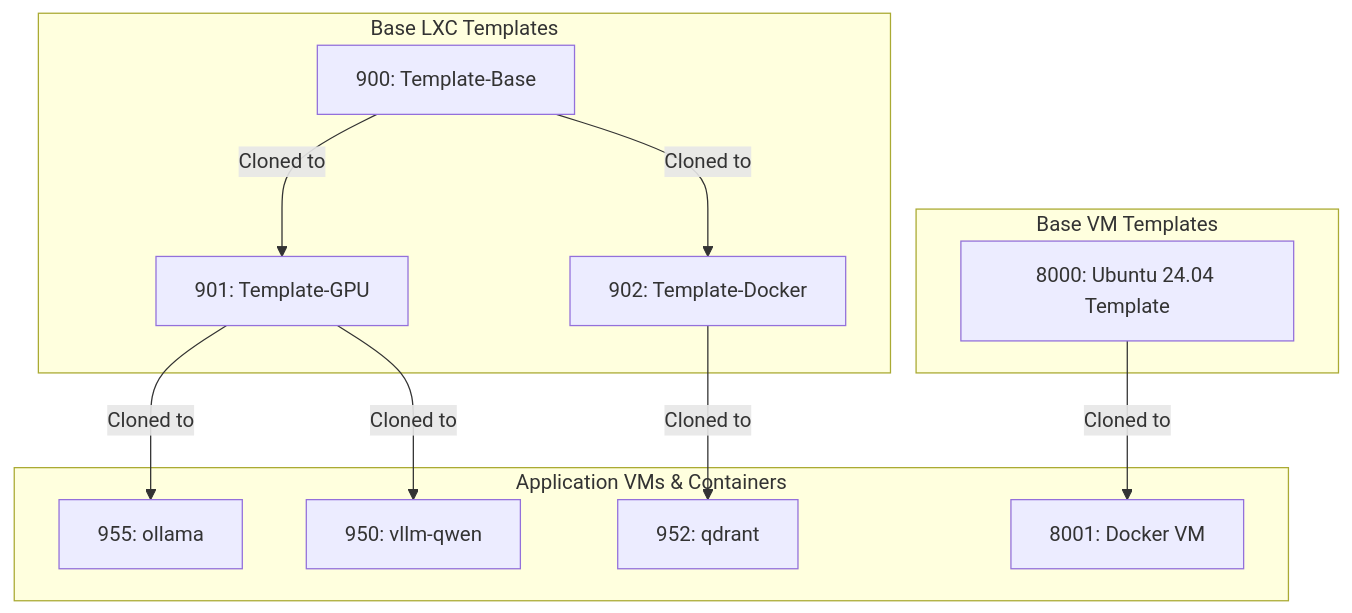
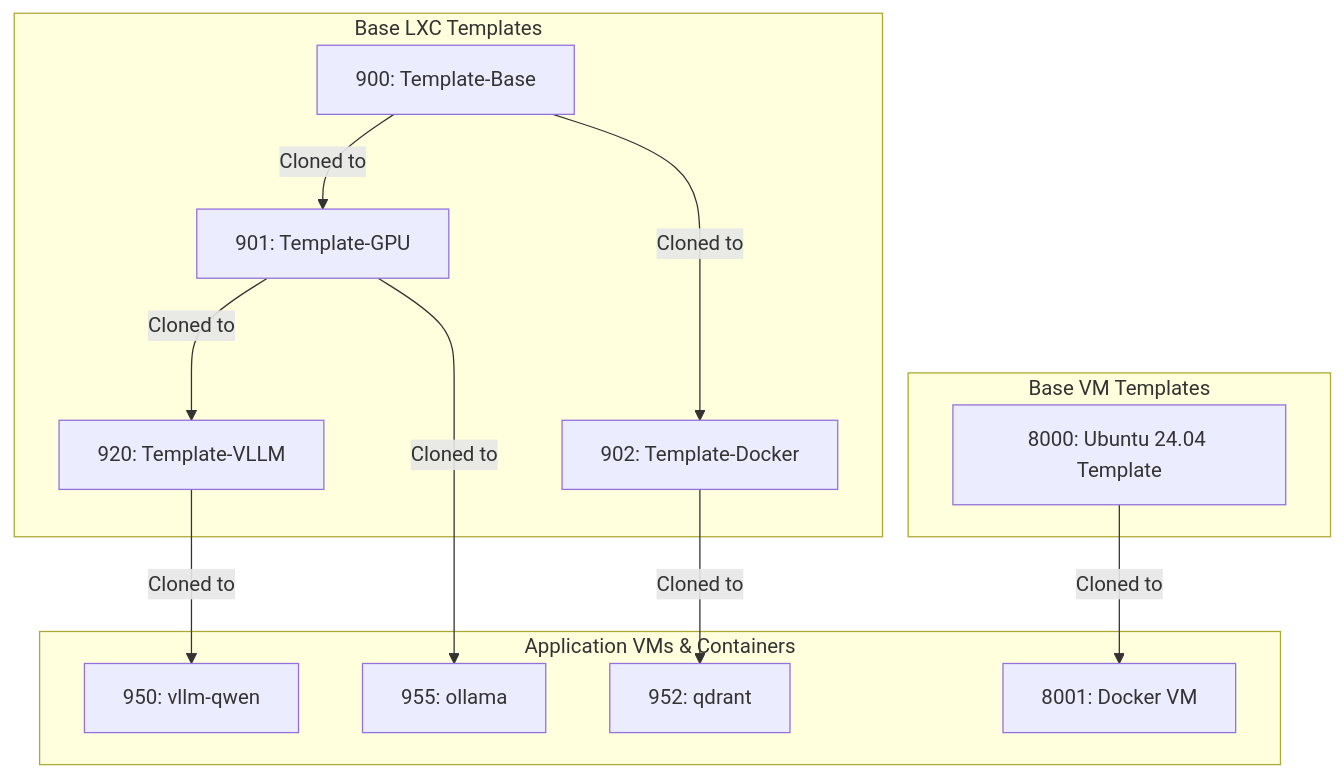
Before and after one commit to SirHeads/Testing-ideas: the first of 2 diagrams in Thinkheads.AI_docs/03_phoenix_hypervisor_implementation/00_guides/00_system_architecture_guide.md, drawn with Mermaid. The commit also changed other lines of this file and 6 other files, not shown here.

````diff
--- a/Thinkheads.AI_docs/03_phoenix_hypervisor_implementation/00_guides/00_system_architecture_guide.md
+++ b/Thinkheads.AI_docs/03_phoenix_hypervisor_implementation/00_guides/00_system_architecture_guide.md
@@ -39,26 +39,28 @@
 ```mermaid
 graph TD
     subgraph "Base VM Templates"
         T8000[8000: Ubuntu 24.04 Template]
     end
 
     subgraph "Base LXC Templates"
         T900[900: Template-Base]
         T901[901: Template-GPU]
         T902[902: Template-Docker]
+        T920[920: Template-VLLM]
     end
 
     subgraph "Application VMs & Containers"
         VM8001[8001: Docker VM]
         C950[950: vllm-qwen]
         C952[952: qdrant]
         C955[955: ollama]
     end
 
     T8000 -- Cloned to --> VM8001
     T900 -- Cloned to --> T901
     T900 -- Cloned to --> T902
+    T901 -- Cloned to --> T920
     T901 -- Cloned to --> C955
     T902 -- Cloned to --> C952
-    T901 -- Cloned to --> C950
+    T920 -- Cloned to --> C950
 ```
````
